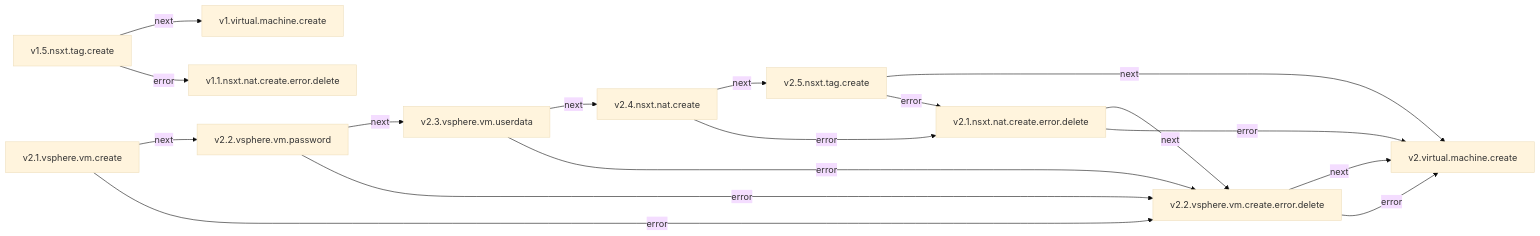
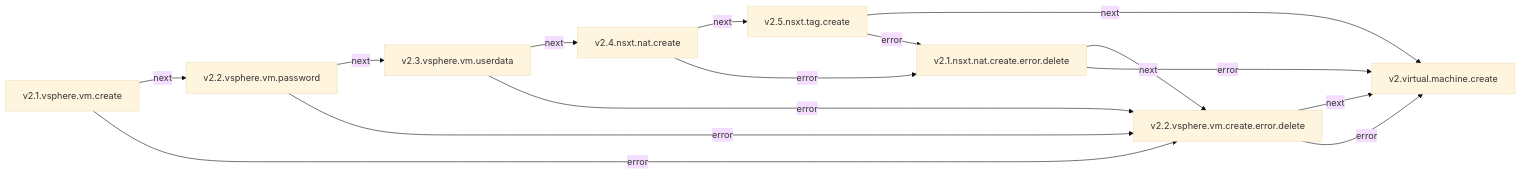
The diagram in virtualmachine-create.mmd (silviourbano/iaas-mermaid-documents), drawn with Mermaid (base theme) before and after one commit. The commit also changed 1 other file, not shown here.

```diff
--- a/virtualmachine-create.mmd
+++ b/virtualmachine-create.mmd
@@ -1,17 +1,15 @@
 graph LR
-  v1.5.nsxt.tag.create -->|next| v1.virtual.machine.create
-  v1.5.nsxt.tag.create -->|error| v1.1.nsxt.nat.create.error.delete
   v2.1.vsphere.vm.create -->|next| v2.2.vsphere.vm.password
   v2.1.vsphere.vm.create -->|error| v2.2.vsphere.vm.create.error.delete
   v2.2.vsphere.vm.password -->|next| v2.3.vsphere.vm.userdata
   v2.2.vsphere.vm.password -->|error| v2.2.vsphere.vm.create.error.delete
   v2.3.vsphere.vm.userdata -->|next| v2.4.nsxt.nat.create
   v2.3.vsphere.vm.userdata -->|error| v2.2.vsphere.vm.create.error.delete
   v2.4.nsxt.nat.create -->|next| v2.5.nsxt.tag.create
   v2.4.nsxt.nat.create -->|error| v2.1.nsxt.nat.create.error.delete
   v2.5.nsxt.tag.create -->|next| v2.virtual.machine.create
   v2.5.nsxt.tag.create -->|error| v2.1.nsxt.nat.create.error.delete
   v2.1.nsxt.nat.create.error.delete -->|next| v2.2.vsphere.vm.create.error.delete
   v2.1.nsxt.nat.create.error.delete -->|error| v2.virtual.machine.create
   v2.2.vsphere.vm.create.error.delete -->|next| v2.virtual.machine.create
   v2.2.vsphere.vm.create.error.delete -->|error| v2.virtual.machine.create
```
